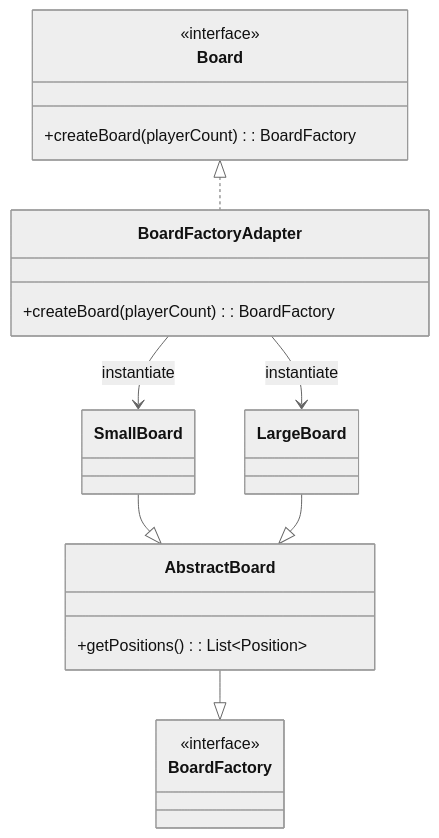
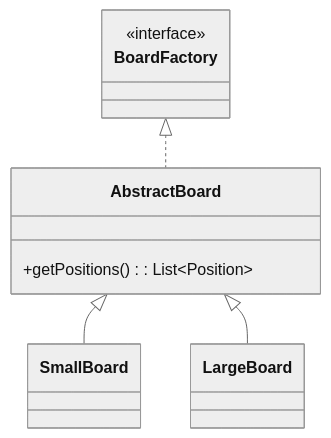
Before and after one commit to SirRmelTheThird/HyperJump: diagram 14 of 22 in README.md, drawn with Mermaid (neutral theme). The commit also changed other lines of this file, not shown here.

````diff
--- a/README.md
+++ b/README.md
@@ -750,32 +749,19 @@
 ```mermaid
 classDiagram
-    Board <|.. BoardFactoryAdapter
-    BoardFactoryAdapter --> SmallBoard : instantiate
-    BoardFactoryAdapter --> LargeBoard : instantiate
-
-    SmallBoard --|> AbstractBoard
-    LargeBoard --|> AbstractBoard
-
-    AbstractBoard --|> BoardFactory
-
-    class Board {
-        <<interface>>
-        +createBoard(playerCount): BoardFactory
-    }
-
-    class BoardFactoryAdapter {
-        +createBoard(playerCount): BoardFactory
-    }
-
     class BoardFactory {
         <<interface>>
     }
 
     class AbstractBoard {
         +getPositions(): List~Position~
     }
 
     class SmallBoard
 
     class LargeBoard
+
+    BoardFactory <|.. AbstractBoard
+
+    AbstractBoard <|-- SmallBoard
+    AbstractBoard <|-- LargeBoard
 ```
````
